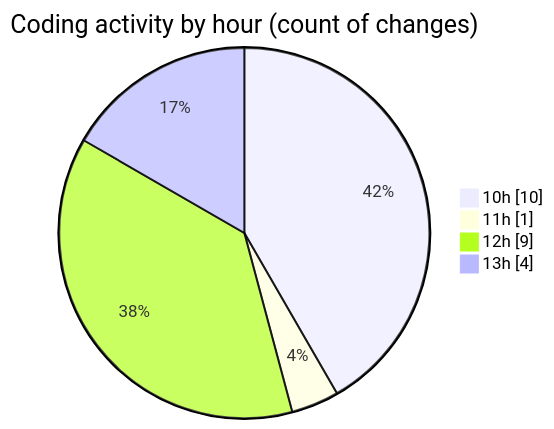
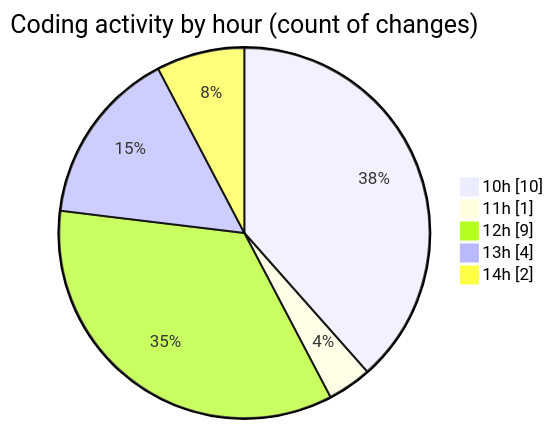
The second of 2 diagrams in 2025-11-20/eventscop-api-guide__workspace_/README.md (julien-gomy/code-tracking), drawn with Mermaid before and after one commit. The commit also changed other lines of this file and 1 other file, not shown here.

````diff
--- a/2025-11-20/eventscop-api-guide__workspace_/README.md
+++ b/2025-11-20/eventscop-api-guide__workspace_/README.md
@@ -38,8 +39,9 @@
 ```mermaid
 pie showData
 title Coding activity by hour (count of changes)
 "10h" : 10
 "11h" : 1
 "12h" : 9
 "13h" : 4
+"14h" : 2
 ```
````
